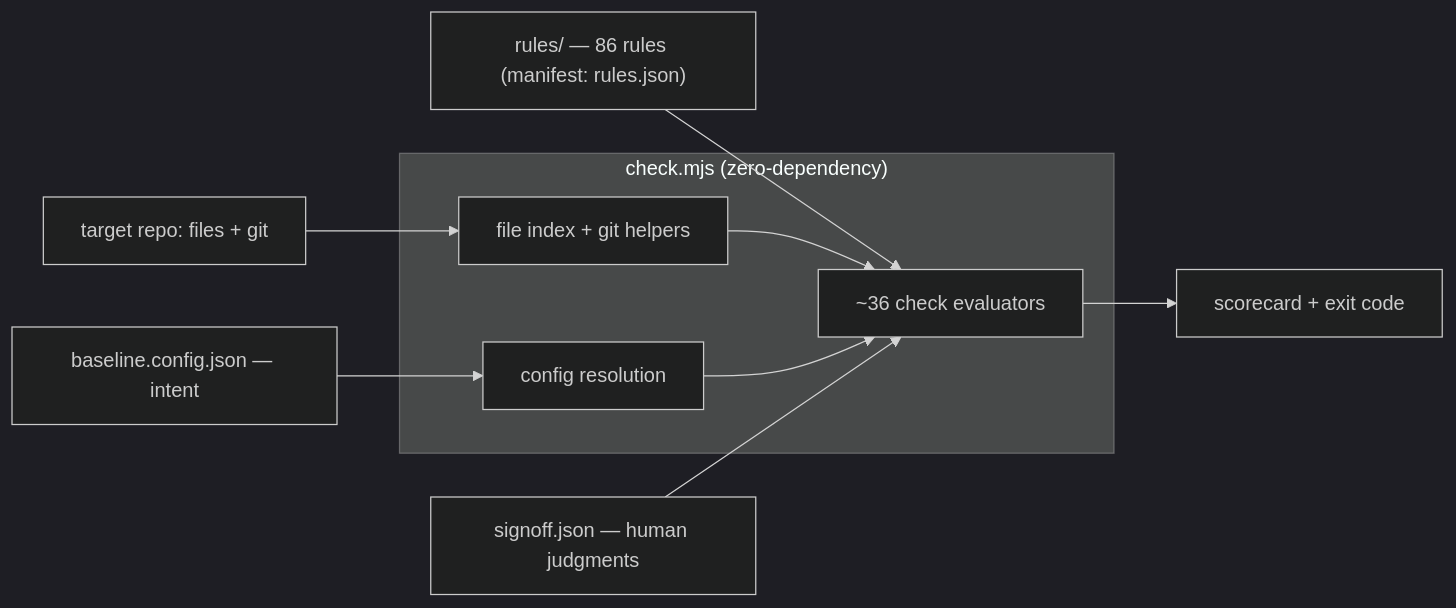
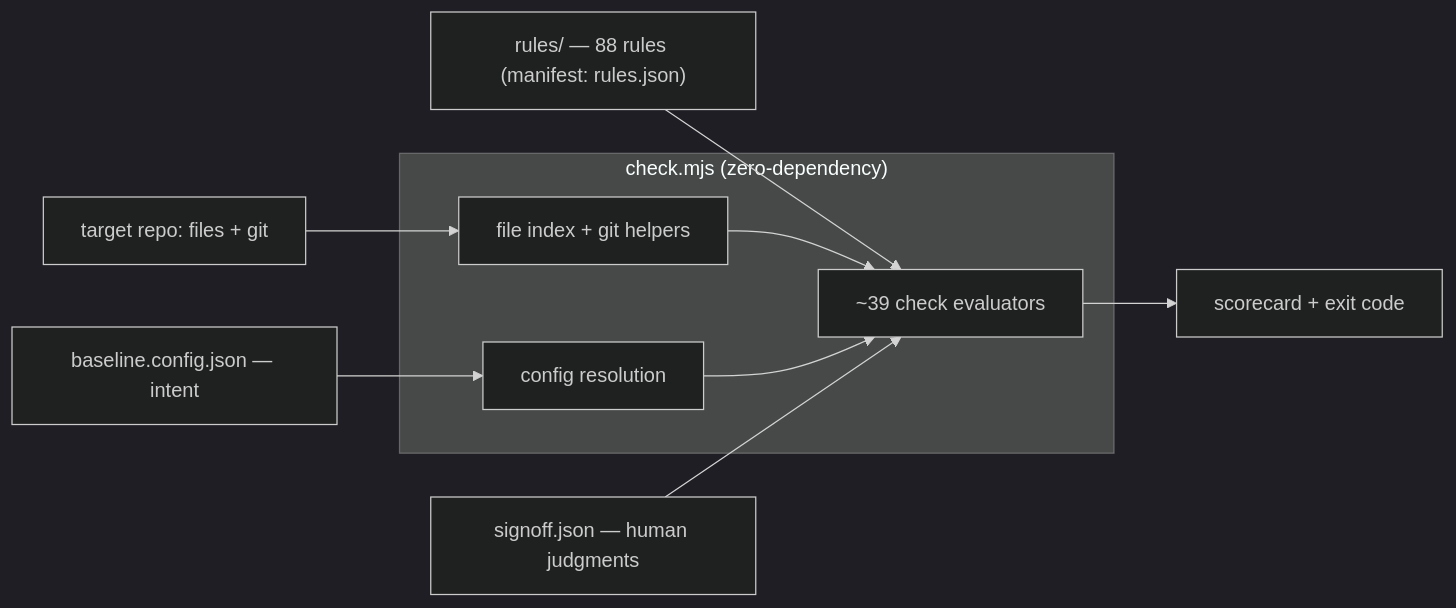
One commit to AdarGit008/baseline-demo changed the first of 3 diagrams in tools/baseline/REFERENCE.md. Above: the diagram before and after it, drawn with Mermaid (dark theme). The commit also changed other lines of this file and 44 other files, not shown here.

````diff
--- a/tools/baseline/REFERENCE.md
+++ b/tools/baseline/REFERENCE.md
@@ -58,12 +58,12 @@
 ```mermaid
 flowchart LR
   CFG["baseline.config.json — intent"] --> RES
-  RULES["rules/ — 86 rules (manifest: rules.json)"] --> EVAL
+  RULES["rules/ — 88 rules (manifest: rules.json)"] --> EVAL
   REPO["target repo: files + git"] --> IDX
   subgraph ENGINE["check.mjs (zero-dependency)"]
-    IDX["file index + git helpers"] --> EVAL["~36 check evaluators"]
+    IDX["file index + git helpers"] --> EVAL["~39 check evaluators"]
     RES["config resolution"] --> EVAL
   end
   SO["signoff.json — human judgments"] --> EVAL
   EVAL --> OUT["scorecard + exit code"]
 ```
````
